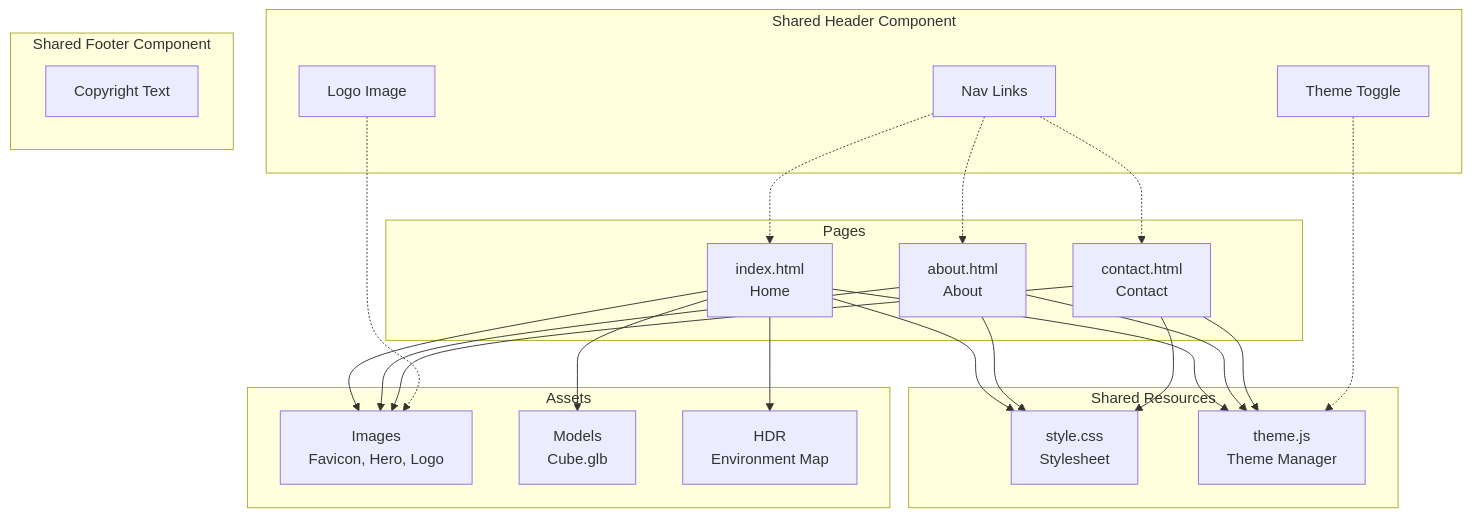
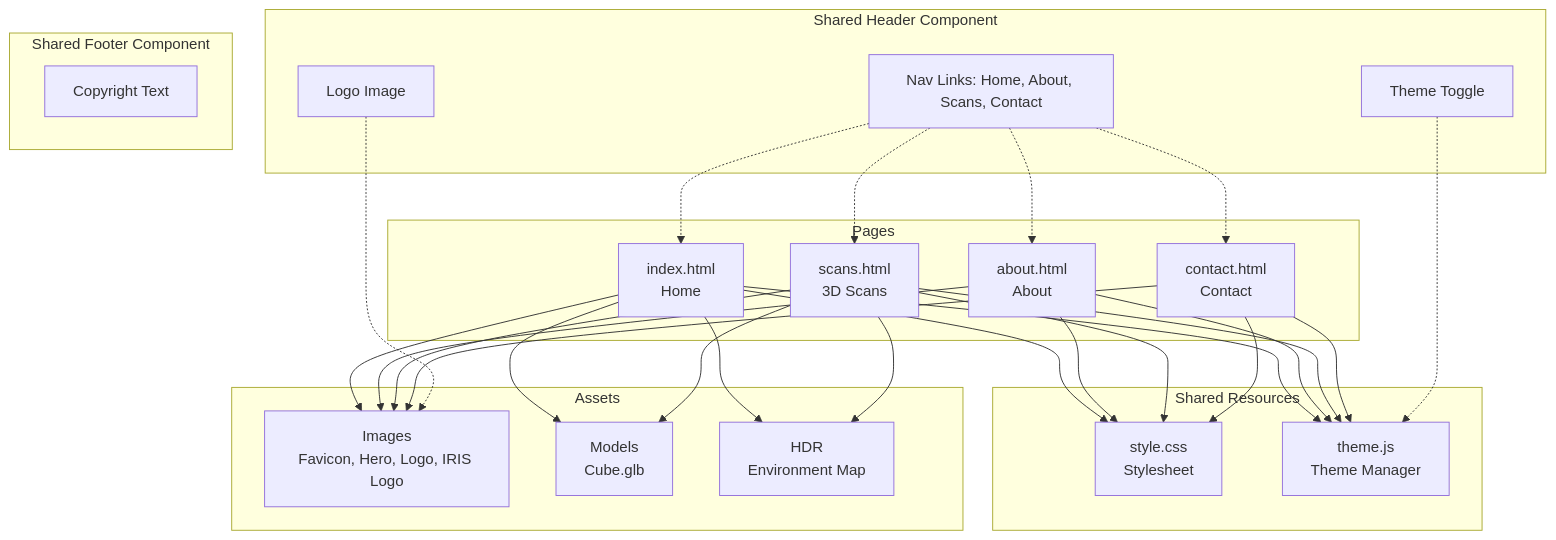
One commit to DarkCoder08/TryjaxWebsite changed the diagram in plans/site-documentation.md. Above: the diagram before and after it, drawn with Mermaid. The commit also changed other lines of this file and 10 other files, not shown here.

First line of the commit message:
feat: add 3D scanning page with partner showcase and theme-switched logo

````diff
--- a/plans/site-documentation.md
+++ b/plans/site-documentation.md
@@ -519,47 +549,54 @@
 ```mermaid
 flowchart TD
     subgraph Pages["Pages"]
         A[index.html<br/>Home]
         B[about.html<br/>About]
-        C[contact.html<br/>Contact]
+        C[scans.html<br/>3D Scans]
+        D[contact.html<br/>Contact]
     end
 
     subgraph Shared["Shared Resources"]
-        D[style.css<br/>Stylesheet]
-        E[theme.js<br/>Theme Manager]
+        E[style.css<br/>Stylesheet]
+        F[theme.js<br/>Theme Manager]
     end
 
     subgraph Assets["Assets"]
-        F[Images<br/>Favicon, Hero, Logo]
-        G[Models<br/>Cube.glb]
-        H[HDR<br/>Environment Map]
+        G[Images<br/>Favicon, Hero, Logo, IRIS Logo]
+        H[Models<br/>Cube.glb]
+        I[HDR<br/>Environment Map]
     end
 
-    A --> D
-    B --> D
-    C --> D
     A --> E
     B --> E
     C --> E
+    D --> E
     A --> F
     B --> F
     C --> F
+    D --> F
     A --> G
+    B --> G
+    C --> G
+    D --> G
     A --> H
+    C --> H
+    A --> I
+    C --> I
 
     subgraph Header["Shared Header Component"]
         H1[Logo Image]
-        H2[Nav Links]
+        H2[Nav Links: Home, About, Scans, Contact]
         H3[Theme Toggle]
     end
 
     subgraph Footer["Shared Footer Component"]
         F1[Copyright Text]
     end
 
-    H1 -.-> F
+    H1 -.-> G
     H2 -.-> A
     H2 -.-> B
     H2 -.-> C
-    H3 -.-> E
+    H2 -.-> D
+    H3 -.-> F
 ```
````
